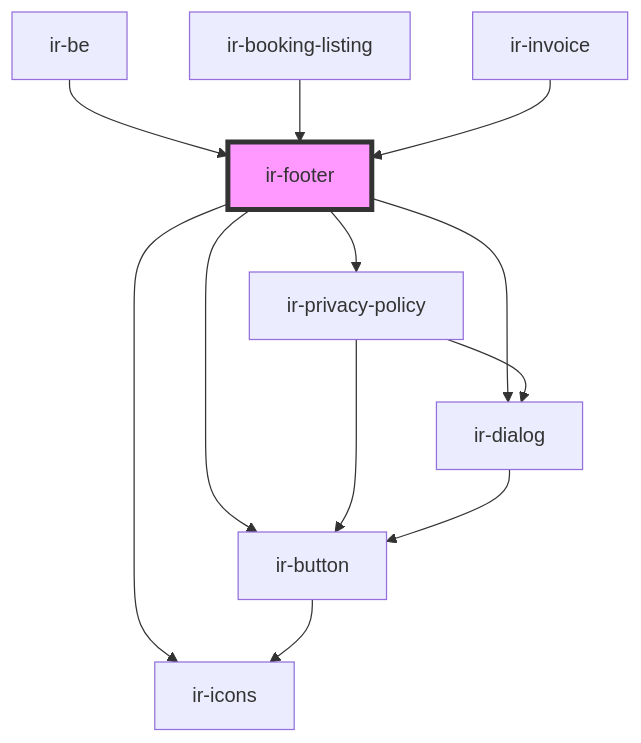
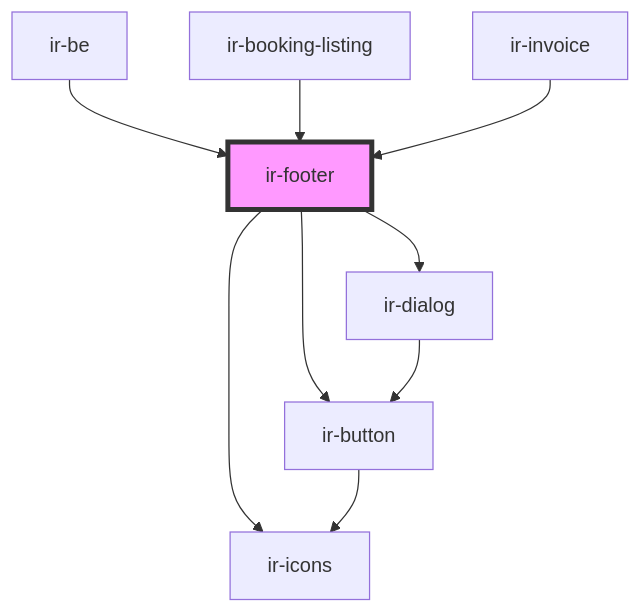
One commit to RonyRizk/ir-be changed the diagram in src/components/ir-booking-engine/ir-footer/readme.md. Above: the diagram before and after it, drawn with Mermaid. The commit also changed other lines of this file and 16 other files, not shown here.

````diff
--- a/src/components/ir-booking-engine/ir-footer/readme.md
+++ b/src/components/ir-booking-engine/ir-footer/readme.md
@@ -31,15 +37,12 @@
 ```mermaid
 graph TD;
   ir-footer --> ir-button
-  ir-footer --> ir-privacy-policy
   ir-footer --> ir-icons
   ir-footer --> ir-dialog
   ir-button --> ir-icons
-  ir-privacy-policy --> ir-button
-  ir-privacy-policy --> ir-dialog
   ir-dialog --> ir-button
   ir-be --> ir-footer
   ir-booking-listing --> ir-footer
   ir-invoice --> ir-footer
   style ir-footer fill:#f9f,stroke:#333,stroke-width:4px
 ```
````
